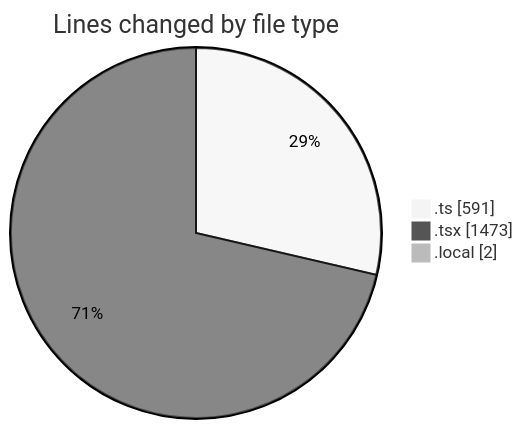
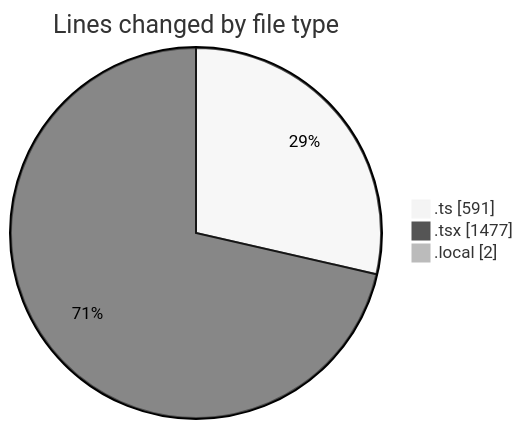
One commit to julien-gomy/code-tracking changed the first of 2 diagrams in 2025-10-28/eventscop-frontend-guide__workspace_/README.md. Above: the diagram before and after it, drawn with Mermaid (neutral theme). The commit also changed other lines of this file and 1 other file, not shown here.

````diff
--- a/2025-10-28/eventscop-frontend-guide__workspace_/README.md
+++ b/2025-10-28/eventscop-frontend-guide__workspace_/README.md
@@ -35,7 +35,7 @@
 ```mermaid
 pie showData
 title Lines changed by file type
 ".ts" : 591
-".tsx" : 1473
+".tsx" : 1477
 ".local" : 2
 ```
````
